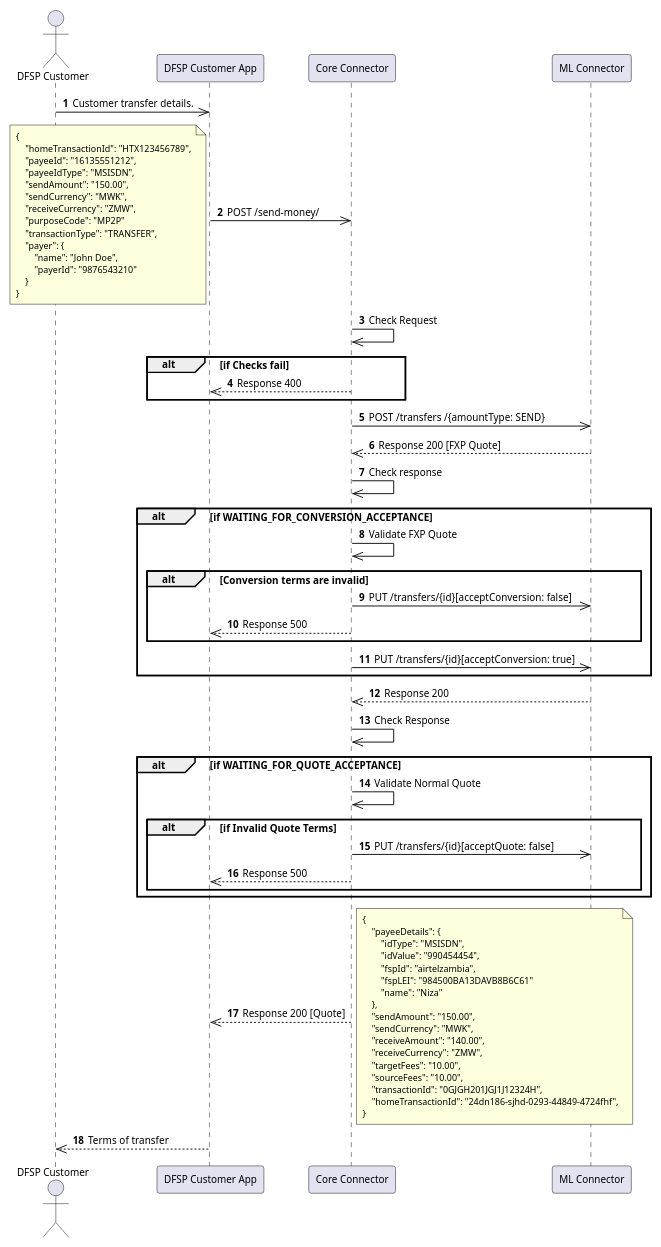
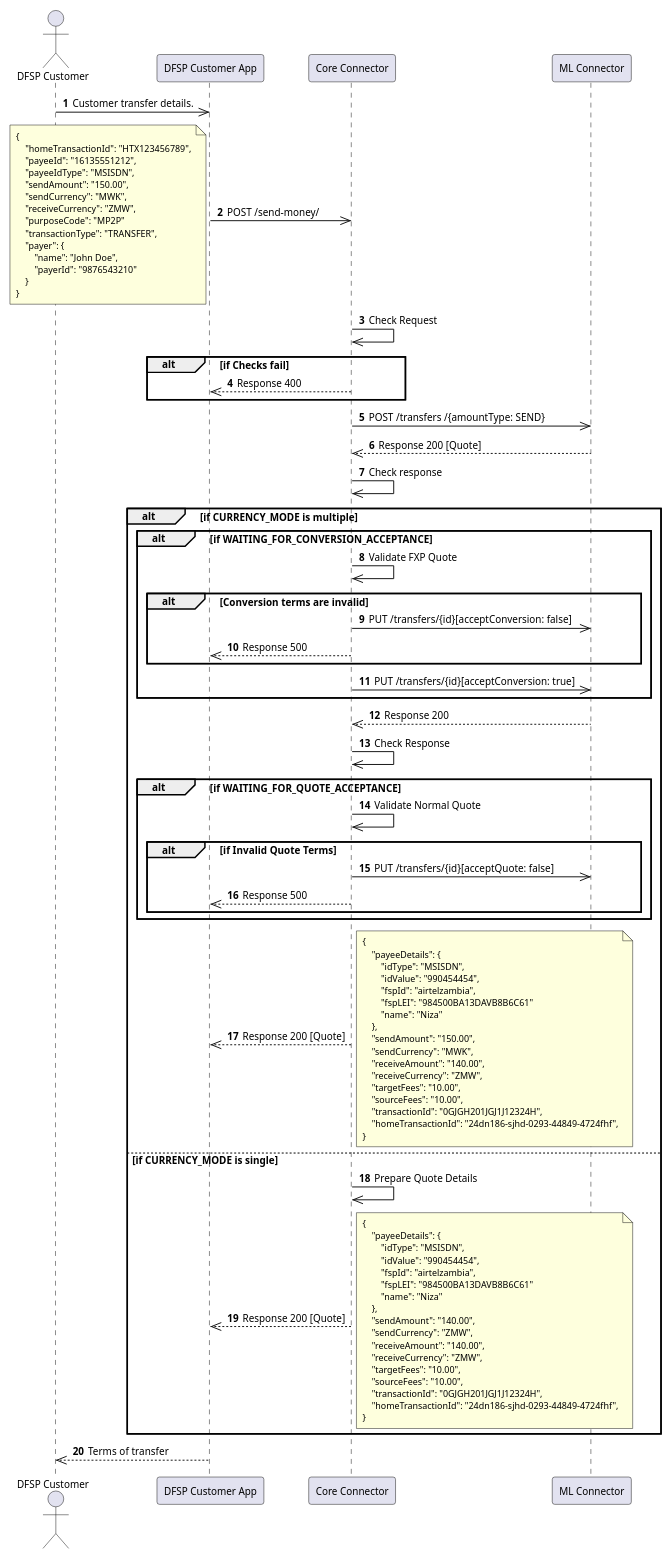
The diagram in design-docs/payer/send-money-initiate-transfer.puml (mojaloop/ml-reference-connectors), drawn with PlantUML before and after one commit. The commit also changed 4 other files, not shown here.

Commit message:
feat: update sequence designs and currency checks

```diff
--- a/design-docs/payer/send-money-initiate-transfer.puml
+++ b/design-docs/payer/send-money-initiate-transfer.puml
@@ -1,95 +1,118 @@
 @startuml name="initiate-transfer"
 
 skinparam defaultFontSize 10
 skinparam NoteFontSize 9
 skinparam NoteFontName "Courier New"  ' Monospace font
 skinparam wrapWidth 50                ' Set the width of the note
 
 autonumber
 
 actor "DFSP Customer" as Customer
 participant "DFSP Customer App" as App
 participant "Core Connector" as Core
 participant "ML Connector" as ML
 
 Customer ->> App: Customer transfer details.
 
 
 App ->> Core: POST /send-money/ 
 note left
 {
     "homeTransactionId": "HTX123456789",
     "payeeId": "16135551212",
     "payeeIdType": "MSISDN",
     "sendAmount": "150.00",
     "sendCurrency": "MWK",
     "receiveCurrency": "ZMW",
     "purposeCode": "MP2P"
     "transactionType": "TRANSFER",
     "payer": {
         "name": "John Doe",
         "payerId": "9876543210"
     }
 }
 end note
 
 Core ->> Core: Check Request
 
 alt if Checks fail
     Core -->> App: Response 400
 end
 
 
 
 Core ->> ML: POST /transfers /{amountType: SEND} 
-ML -->> Core: Response 200 [FXP Quote]
+ML -->> Core: Response 200 [Quote]
 Core ->> Core: Check response
 
-alt if WAITING_FOR_CONVERSION_ACCEPTANCE
-    Core ->> Core: Validate FXP Quote
+alt if CURRENCY_MODE is multiple
+    alt if WAITING_FOR_CONVERSION_ACCEPTANCE
+        Core ->> Core: Validate FXP Quote
 
-    alt Conversion terms are invalid
-        Core ->> ML: PUT /transfers/{id}[acceptConversion: false]
-        Core -->> App: Response 500
+        alt Conversion terms are invalid
+            Core ->> ML: PUT /transfers/{id}[acceptConversion: false]
+            Core -->> App: Response 500
+        end
+
+        Core ->> ML: PUT /transfers/{id}[acceptConversion: true]
+        
     end
 
-    Core ->> ML: PUT /transfers/{id}[acceptConversion: true]
-    
+    ML -->> Core: Response 200
+    Core ->> Core: Check Response
+
+    alt if WAITING_FOR_QUOTE_ACCEPTANCE
+        Core ->> Core: Validate Normal Quote
+
+        alt if Invalid Quote Terms
+            Core ->> ML: PUT /transfers/{id}[acceptQuote: false]
+            Core -->> App: Response 500
+        end
+    end
+    Core -->> App: Response 200 [Quote]
+    note right
+    {
+        "payeeDetails": {
+            "idType": "MSISDN",
+            "idValue": "990454454",
+            "fspId": "airtelzambia",
+            "fspLEI": "984500BA13DAVB8B6C61"
+            "name": "Niza"
+        },
+        "sendAmount": "150.00",
+        "sendCurrency": "MWK",
+        "receiveAmount": "140.00",
+        "receiveCurrency": "ZMW",
+        "targetFees": "10.00",
+        "sourceFees": "10.00",
+        "transactionId": "0GJGH201JGJ1J12324H",
+        "homeTransactionId": "24dn186-sjhd-0293-44849-4724fhf",
+    }
+    end note
+else if CURRENCY_MODE is single
+    Core ->> Core: Prepare Quote Details
+    Core -->> App: Response 200 [Quote]
+    note right
+    {
+        "payeeDetails": {
+            "idType": "MSISDN",
+            "idValue": "990454454",
+            "fspId": "airtelzambia",
+            "fspLEI": "984500BA13DAVB8B6C61"
+            "name": "Niza"
+        },
+        "sendAmount": "140.00",
+        "sendCurrency": "ZMW",
+        "receiveAmount": "140.00",
+        "receiveCurrency": "ZMW",
+        "targetFees": "10.00",
+        "sourceFees": "10.00",
+        "transactionId": "0GJGH201JGJ1J12324H",
+        "homeTransactionId": "24dn186-sjhd-0293-44849-4724fhf",
+    }
+    end note
 end
-
-ML -->> Core: Response 200
-Core ->> Core: Check Response
-
-alt if WAITING_FOR_QUOTE_ACCEPTANCE
-    Core ->> Core: Validate Normal Quote
-
-    alt if Invalid Quote Terms
-        Core ->> ML: PUT /transfers/{id}[acceptQuote: false]
-        Core -->> App: Response 500
-    end
-end
-
-Core -->> App: Response 200 [Quote]
-note right
-{
-    "payeeDetails": {
-        "idType": "MSISDN",
-        "idValue": "990454454",
-        "fspId": "airtelzambia",
-        "fspLEI": "984500BA13DAVB8B6C61"
-        "name": "Niza"
-    },
-    "sendAmount": "150.00",
-    "sendCurrency": "MWK",
-    "receiveAmount": "140.00",
-    "receiveCurrency": "ZMW",
-    "targetFees": "10.00",
-    "sourceFees": "10.00",
-    "transactionId": "0GJGH201JGJ1J12324H",
-    "homeTransactionId": "24dn186-sjhd-0293-44849-4724fhf",
-}
-end note
 
 App -->> Customer: Terms of transfer
 
 @enduml
```
